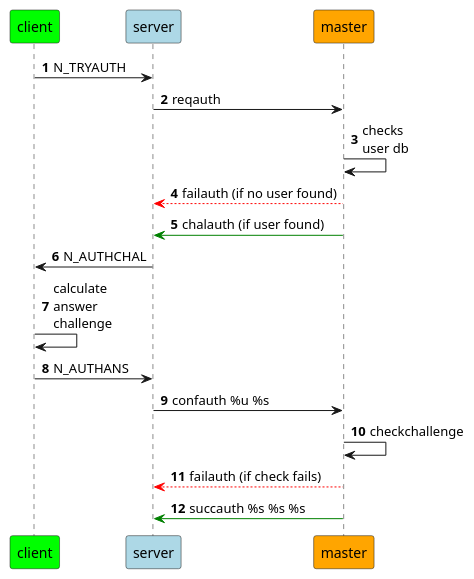
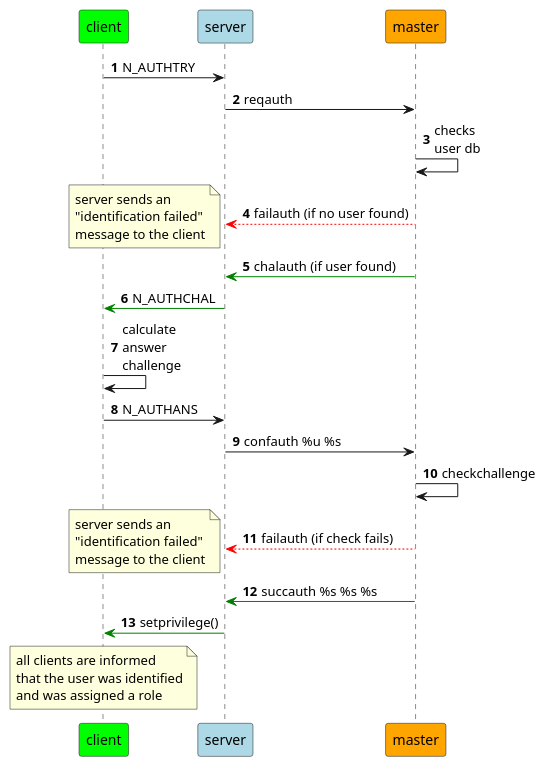
One commit to blue-nebula/docs changed the diagram in source/reference/auth-workflow-client.puml. Above: the diagram before and after it, drawn with PlantUML. The commit also changed 1 other file, not shown here.

Commit message:
Improve client auth workflow description

```diff
--- a/source/reference/auth-workflow-client.puml
+++ b/source/reference/auth-workflow-client.puml
@@ -1,32 +1,37 @@
 @startuml
 
 autonumber
 
 participant client #lime
 participant server #lightblue
 participant master #orange
 
 
-client -> server: N_TRYAUTH
+client -> server: N_AUTHTRY
 
 server -> master: reqauth
 
 master -> master: checks\nuser db
 
 server <-[#red]- master: failauth (if no user found)
+note left: server sends an\n"identification failed"\nmessage to the client
 server <[#green]- master: chalauth (if user found)
 
-client <- server: N_AUTHCHAL
+client <[#green]- server: N_AUTHCHAL
 
 client -> client: calculate\nanswer\nchallenge
 
 client -> server: N_AUTHANS
 
 server -> master: confauth %u %s
 
 master -> master: checkchallenge
 
 master -[#red]-> server: failauth (if check fails)
+note left: server sends an\n"identification failed"\nmessage to the client
 server <[#green]- master: succauth %s %s %s
 
+server -[#green]> client: setprivilege()
+note over client: all clients are informed\nthat the user was identified\nand was assigned a role
+
 @enduml
```
